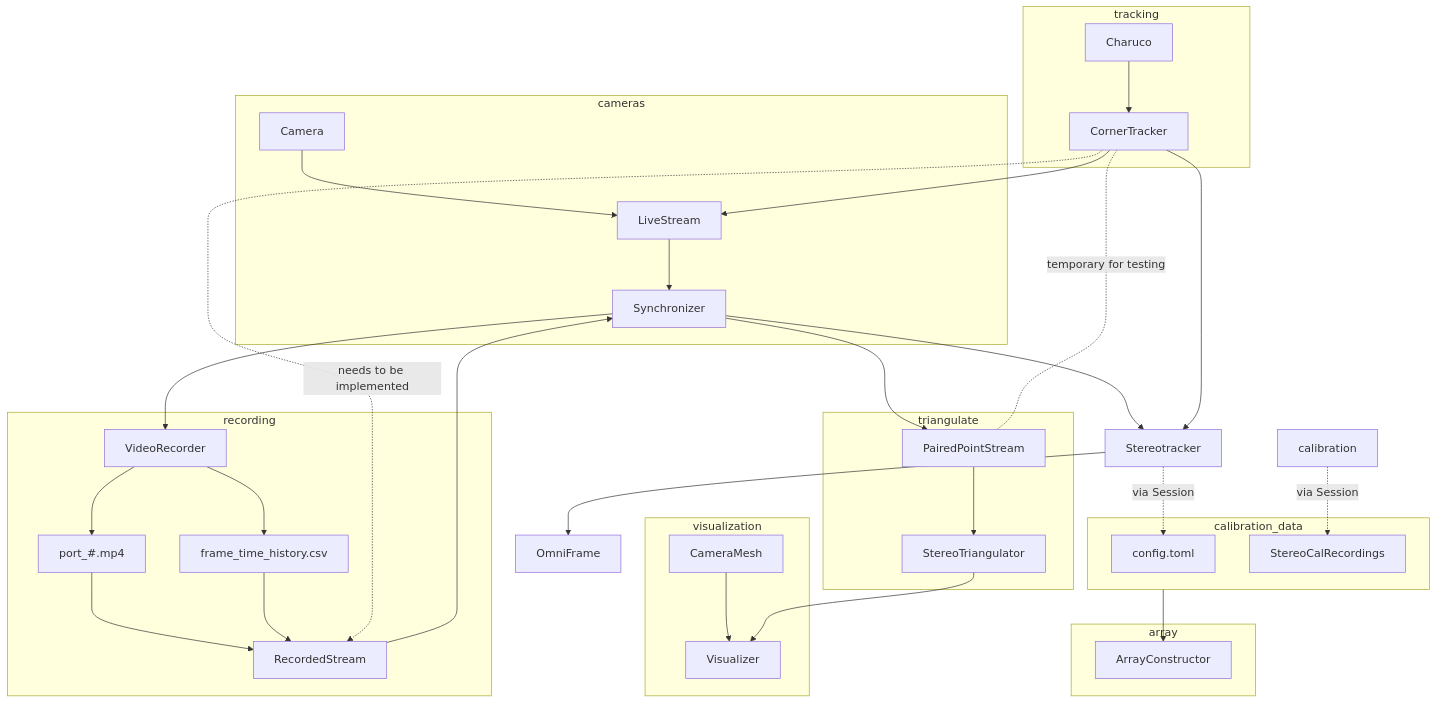
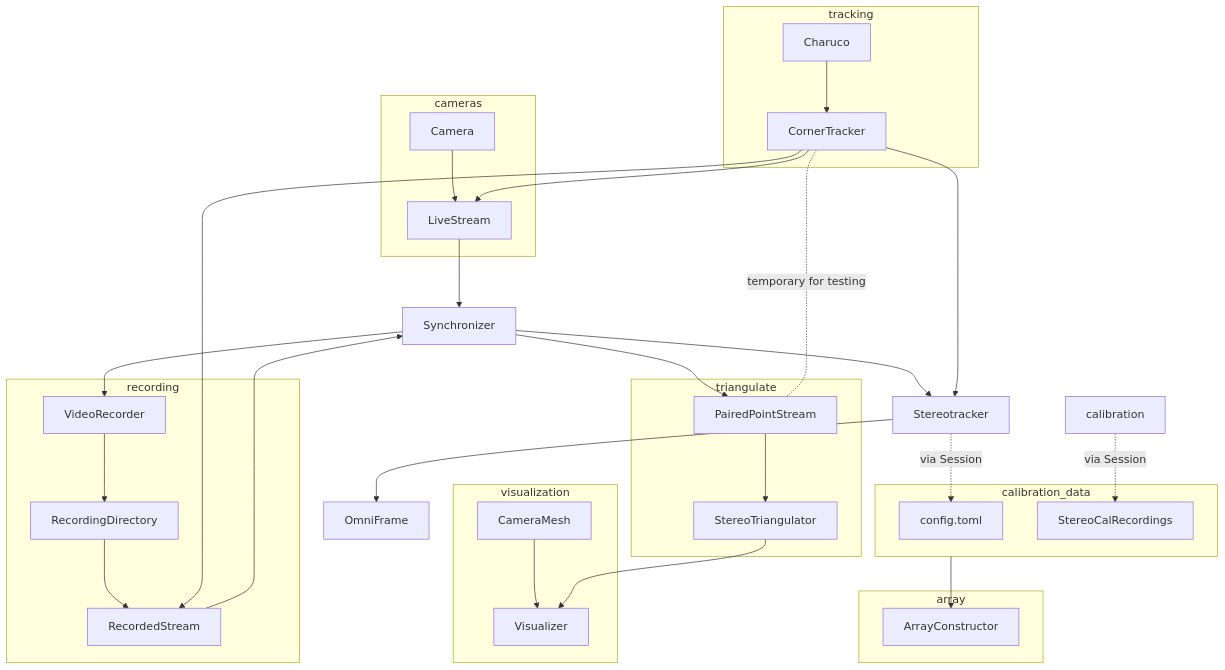
The diagram in README.md (mprib/caliscope), drawn with Mermaid before and after one commit.

Commit message:
reflect current state of things

````diff
--- a/README.md
+++ b/README.md
@@ -13,59 +13,57 @@
 ```mermaid
 graph TD
 
+
+LiveStream --> Synchronizer
+RecordedStream --> Synchronizer
+Synchronizer --> VideoRecorder
+
 subgraph cameras
 Camera --> LiveStream
-LiveStream --> Synchronizer
 end
 subgraph tracking
 Charuco --> CornerTracker
 CornerTracker --> LiveStream
 end
 
-
 subgraph recording
-Synchronizer --> VideoRecorder
-VideoRecorder --> port_#.mp4
-VideoRecorder --> frame_time_history.csv
-
-port_#.mp4 --> RecordedStream
-frame_time_history.csv --> RecordedStream
-RecordedStream --> Synchronizer
+VideoRecorder --> RecordingDirectory
+RecordingDirectory --> RecordedStream
 end
 
 Synchronizer --> Stereotracker
 
 CornerTracker --> Stereotracker
 Stereotracker --> OmniFrame
 
 
 subgraph calibration_data
 config.toml
 StereoCalRecordings
 end
 
-CornerTracker -.needs to be implemented.-> RecordedStream
+CornerTracker --> RecordedStream
 
 Stereotracker -.via Session.-> config.toml
 calibration -.via Session.-> StereoCalRecordings
 calibration_data --> ArrayConstructor
 
 subgraph array
 ArrayConstructor
 end
 
 Synchronizer --> PairedPointStream 
 
 
 CornerTracker -.temporary for testing.- PairedPointStream
 
 subgraph triangulate
 PairedPointStream --> StereoTriangulator
 end
 
 subgraph visualization
 CameraMesh --> Visualizer
 StereoTriangulator --> Visualizer
 end
 
 ```
````
